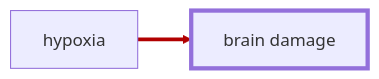
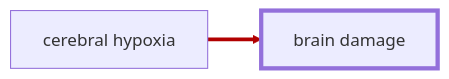
The diagram in docs/wiki/injuries/brain-damage.md (frederik-hoeft/rimworld-more-injuries), drawn with Mermaid before and after one commit. The commit also changed other lines of this file and 2 other files, not shown here.

````diff
--- a/docs/wiki/injuries/brain-damage.md
+++ b/docs/wiki/injuries/brain-damage.md
@@ -11,12 +11,12 @@
 ```mermaid
 ---
 config:
   flowchart:
     htmlLabels: true
 ---
 flowchart LR
-  hypoxia[hypoxia] ==> brain_damage[brain damage]
+  hypoxia[cerebral hypoxia] ==> brain_damage[brain damage]
 
   linkStyle 0 stroke: #b10000
   style brain_damage stroke-width: 4px
 ```
````
